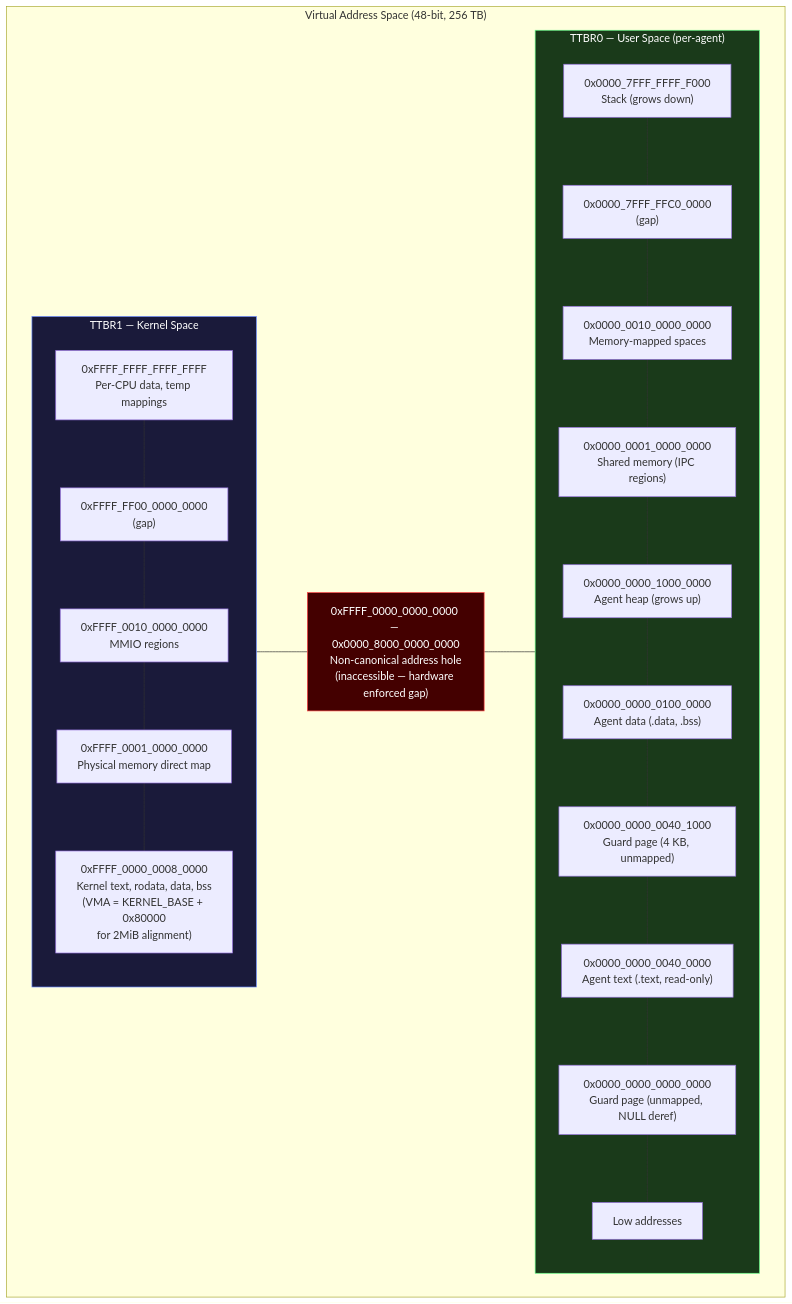
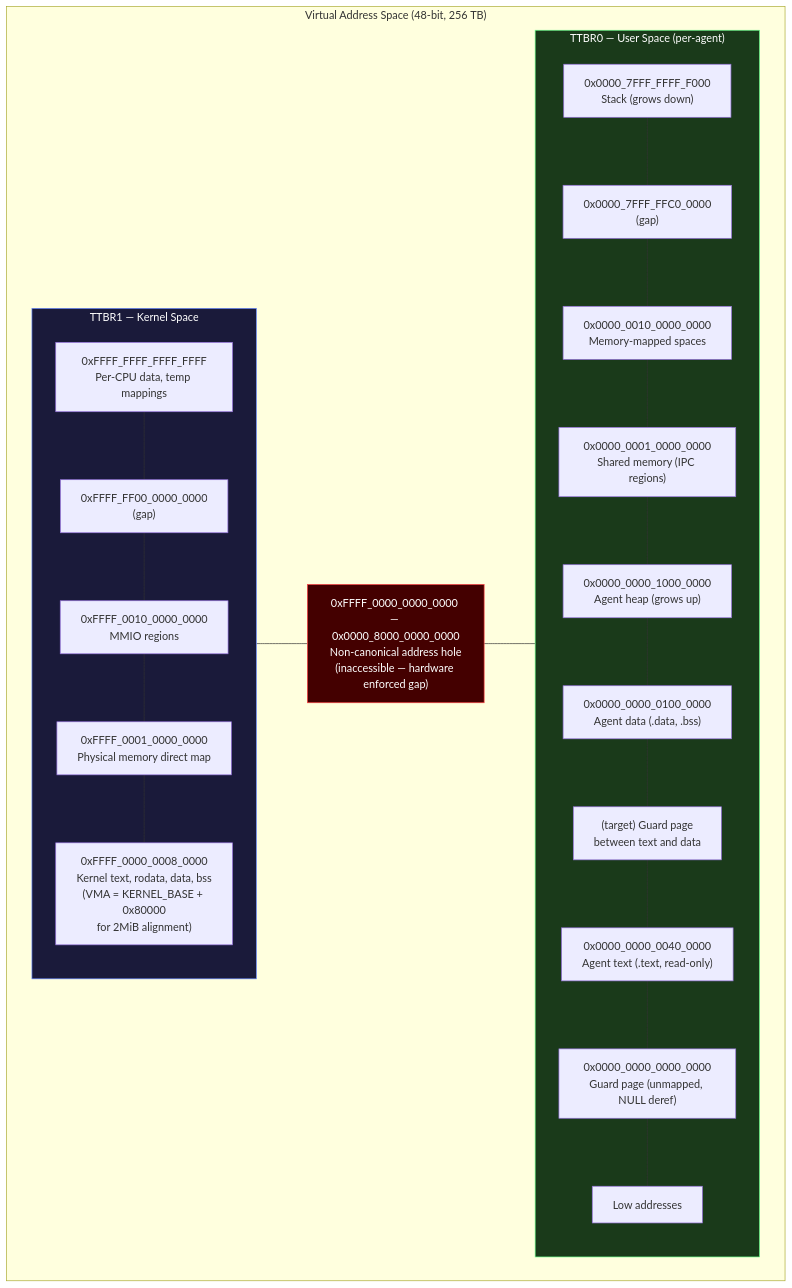
One commit to juslee/aios changed the first of 3 diagrams in docs/kernel/memory-virtual.md. Above: the diagram before and after it, drawn with Mermaid. The commit also changed other lines of this file, not shown here.

Commit message:
Address 2 additional Copilot review comments
- memory-virtual.md: Label guard page between text/data as (target)
- memory-virtual.md: Split is_executable() into is_user_executable()
  (checks UXN) and is_kernel_executable() (checks PXN)

````diff
--- a/docs/kernel/memory-virtual.md
+++ b/docs/kernel/memory-virtual.md
@@ -14,50 +14,50 @@
 ```mermaid
 flowchart TD
     subgraph vas["Virtual Address Space (48-bit, 256 TB)"]
         subgraph ttbr1["TTBR1 — Kernel Space"]
             K1["`0xFFFF_FFFF_FFFF_FFFF
 Per-CPU data, temp mappings`"]
             K2["`0xFFFF_FF00_0000_0000
 (gap)`"]
             K3["`0xFFFF_0010_0000_0000
 MMIO regions`"]
             K4["`0xFFFF_0001_0000_0000
 Physical memory direct map`"]
             K5["`0xFFFF_0000_0008_0000
 Kernel text, rodata, data, bss
 (VMA = KERNEL_BASE + 0x80000
 for 2MiB alignment)`"]
             K1 --- K2 --- K3 --- K4 --- K5
         end
         HOLE["`0xFFFF_0000_0000_0000 — 0x0000_8000_0000_0000
 Non-canonical address hole
 (inaccessible — hardware enforced gap)`"]
         subgraph ttbr0["TTBR0 — User Space (per-agent)"]
             U1["`0x0000_7FFF_FFFF_F000
 Stack (grows down)`"]
             U2["`0x0000_7FFF_FFC0_0000
 (gap)`"]
             U3["`0x0000_0010_0000_0000
 Memory-mapped spaces`"]
             U4["`0x0000_0001_0000_0000
 Shared memory (IPC regions)`"]
             U5["`0x0000_0000_1000_0000
 Agent heap (grows up)`"]
             U5b["`0x0000_0000_0100_0000
 Agent data (.data, .bss)`"]
-            U6["`0x0000_0000_0040_1000
-Guard page (4 KB, unmapped)`"]
+            U6["`(target) Guard page
+between text and data`"]
             U7["`0x0000_0000_0040_0000
 Agent text (.text, read-only)`"]
             U8["`0x0000_0000_0000_0000
 Guard page (unmapped, NULL deref)`"]
             U9["Low addresses"]
             U1 --- U2 --- U3 --- U4 --- U5 --- U5b --- U6 --- U7 --- U8 --- U9
         end
         ttbr1 --- HOLE --- ttbr0
     end
 
     style HOLE fill:#440000,stroke:#ff4444,color:#ffffff
     style ttbr1 fill:#1a1a3a,stroke:#6688ff,color:#ffffff
     style ttbr0 fill:#1a3a1a,stroke:#66ff88,color:#ffffff
 ```
````
